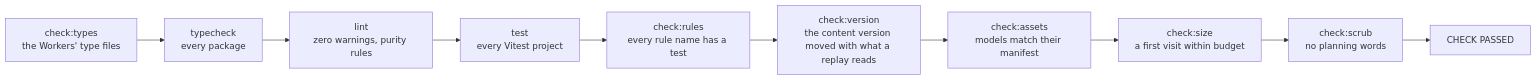
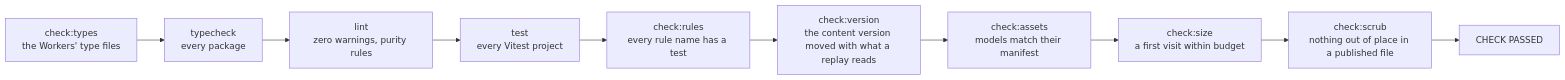
One commit to buildlab-studio/japacity changed the first of 3 diagrams in docs/site/built/working.md. Above: the diagram before and after it, drawn with Mermaid. The commit also changed other lines of this file, not shown here.

Commit message:
working.md teaches the agent workflow: roles, the brief and its template, worktrees, parallel work under one check lock, landing in waves, context across sessions and the simulation's guard rails

````diff
--- a/docs/site/built/working.md
+++ b/docs/site/built/working.md
@@ -144,12 +149,12 @@
 ```mermaid
 flowchart LR
   types["check:types<br/>the Workers' type files"] --> typecheck["typecheck<br/>every package"]
   typecheck --> lint["lint<br/>zero warnings, purity rules"]
   lint --> test["test<br/>every Vitest project"]
   test --> rules["check:rules<br/>every rule name has a test"]
   rules --> version["check:version<br/>the content version moved with what a replay reads"]
   version --> assets["check:assets<br/>models match their manifest"]
   assets --> size["check:size<br/>a first visit within budget"]
-  size --> scrub["check:scrub<br/>no planning words"]
+  size --> scrub["check:scrub<br/>nothing out of place in a published file"]
   scrub --> passed["CHECK PASSED"]
 ```
````
